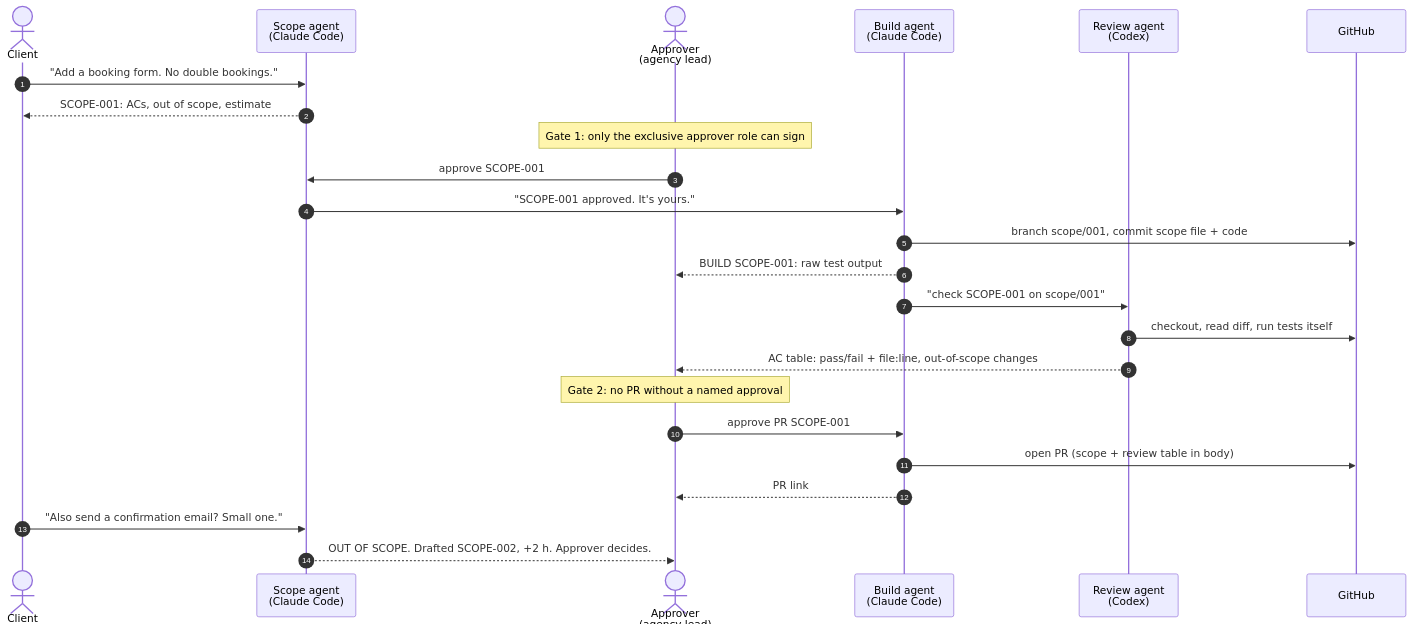
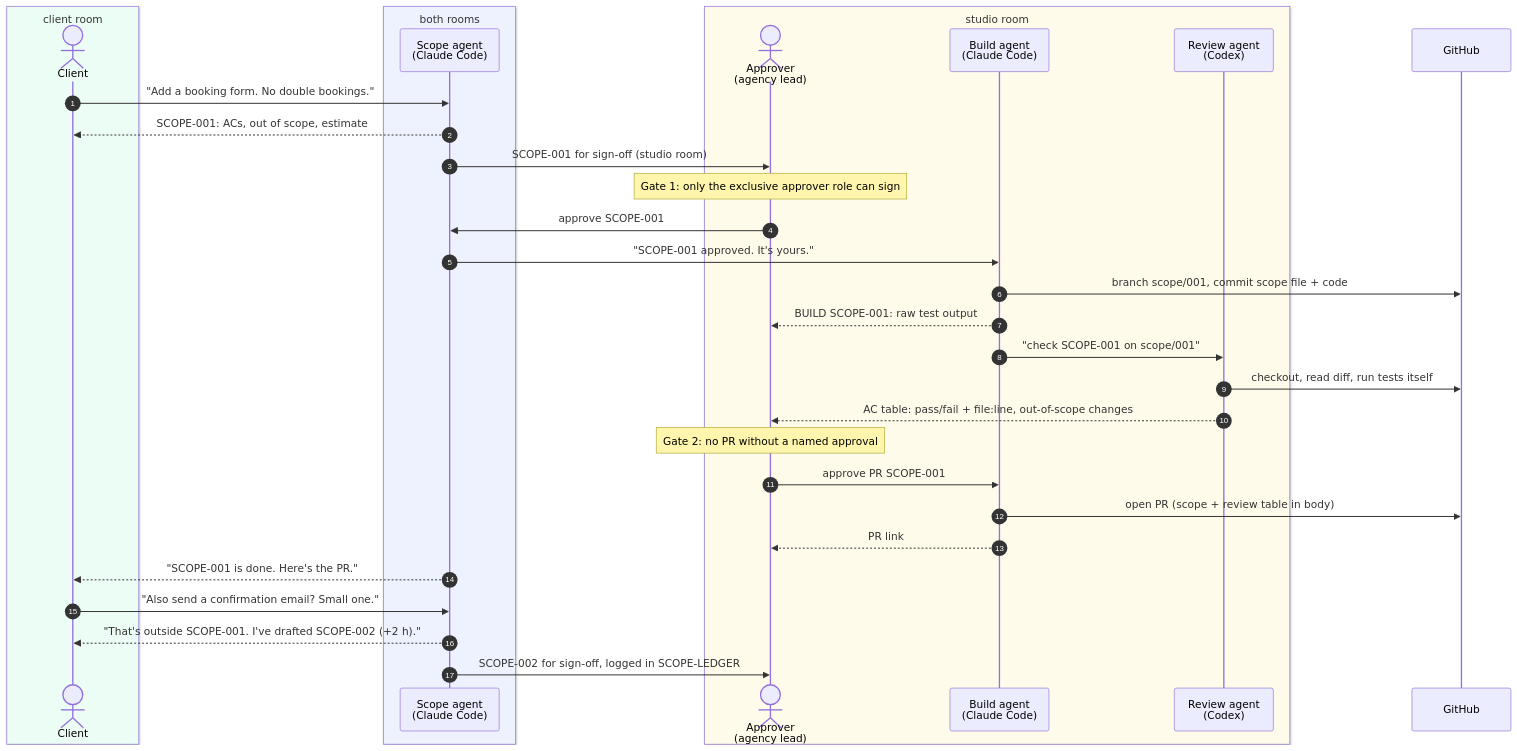
One commit to MuhammadFaizan-prog/scoperoom changed the first of 2 diagrams in README.md. Above: the diagram before and after it, drawn with Mermaid. The commit also changed other lines of this file, not shown here.

Commit message:
docs(readme): two-room design, SCOPE-LEDGER, split-screen demo, briefing test

````diff
--- a/README.md
+++ b/README.md
@@ -48,27 +55,36 @@
 ```mermaid
 sequenceDiagram
     autonumber
+    box rgb(236,253,245) client room
     actor C as Client
+    end
+    box rgb(238,242,255) both rooms
     participant S as Scope agent<br/>(Claude Code)
+    end
+    box rgb(255,251,235) studio room
     actor A as Approver<br/>(agency lead)
     participant B as Build agent<br/>(Claude Code)
     participant R as Review agent<br/>(Codex)
+    end
     participant G as GitHub
 
     C->>S: "Add a booking form. No double bookings."
     S-->>C: SCOPE-001: ACs, out of scope, estimate
+    S->>A: SCOPE-001 for sign-off (studio room)
     Note over A: Gate 1: only the exclusive approver role can sign
     A->>S: approve SCOPE-001
     S->>B: "SCOPE-001 approved. It's yours."
     B->>G: branch scope/001, commit scope file + code
     B-->>A: BUILD SCOPE-001: raw test output
     B->>R: "check SCOPE-001 on scope/001"
     R->>G: checkout, read diff, run tests itself
     R-->>A: AC table: pass/fail + file:line, out-of-scope changes
     Note over A: Gate 2: no PR without a named approval
     A->>B: approve PR SCOPE-001
     B->>G: open PR (scope + review table in body)
     B-->>A: PR link
+    S-->>C: "SCOPE-001 is done. Here's the PR."
     C->>S: "Also send a confirmation email? Small one."
-    S-->>A: OUT OF SCOPE. Drafted SCOPE-002, +2 h. Approver decides.
+    S-->>C: "That's outside SCOPE-001. I've drafted SCOPE-002 (+2 h)."
+    S->>A: SCOPE-002 for sign-off, logged in SCOPE-LEDGER
 ```
````
